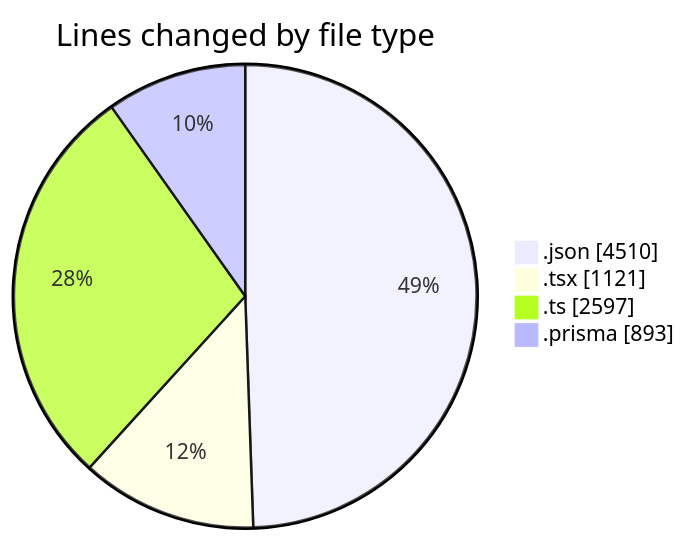
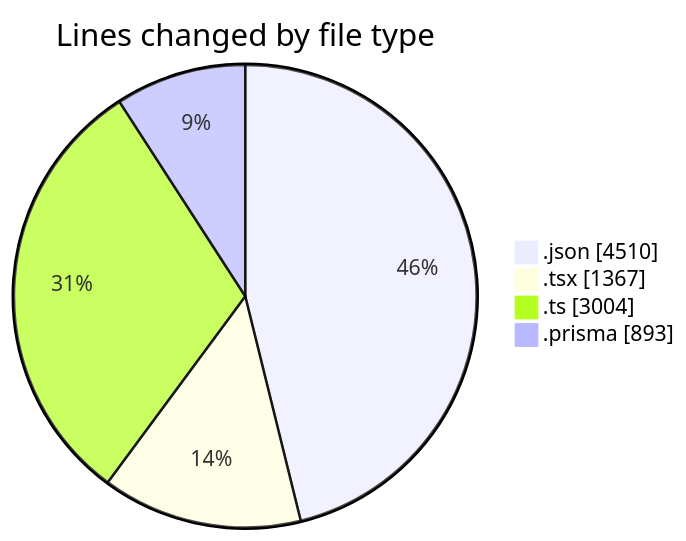
Before and after one commit to CELIANVF/code-tracking: the first of 2 diagrams in 2025-05-05/ecodeli/README.md, drawn with Mermaid. The commit also changed other lines of this file and 1 other file, not shown here.

````diff
--- a/2025-05-05/ecodeli/README.md
+++ b/2025-05-05/ecodeli/README.md
@@ -32,8 +35,8 @@
 ```mermaid
 pie showData
 title Lines changed by file type
 ".json" : 4510
-".tsx" : 1121
-".ts" : 2597
+".tsx" : 1367
+".ts" : 3004
 ".prisma" : 893
 ```
````
